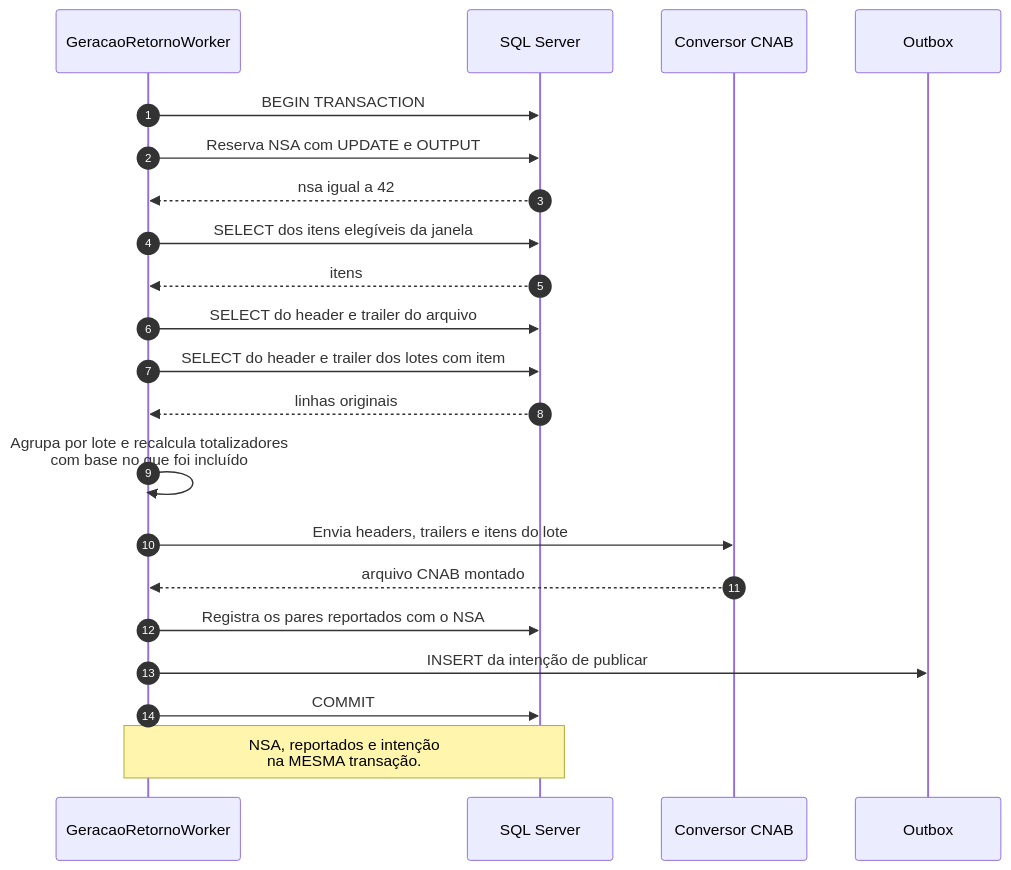
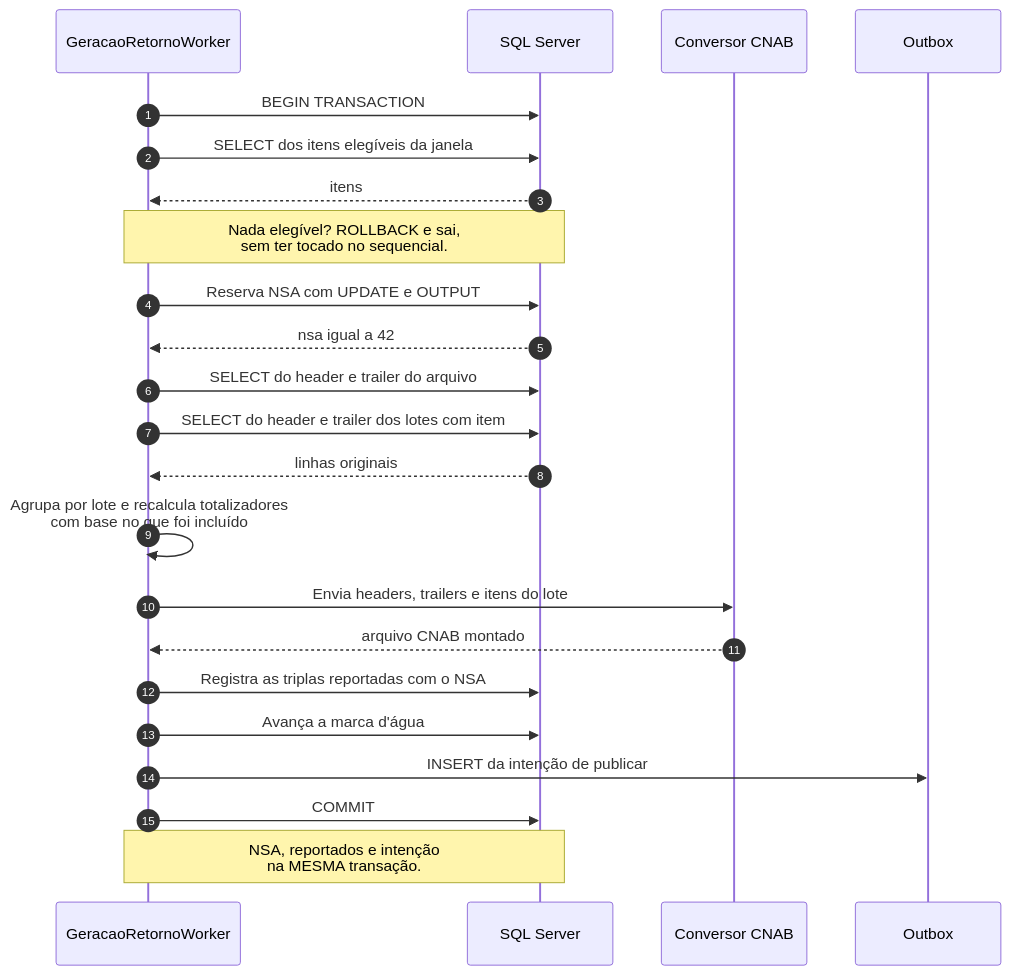
Before and after one commit to danielbfr3/sobre_aws: diagram 12 of 16 in conciliacao-guia-completo.md, drawn with Mermaid. The commit also changed other lines of this file, not shown here.

````diff
--- a/conciliacao-guia-completo.md
+++ b/conciliacao-guia-completo.md
@@ -1698,27 +3117,30 @@
 ```mermaid
 sequenceDiagram
     autonumber
     participant W as GeracaoRetornoWorker
     participant DB as SQL Server
     participant CV as Conversor CNAB
     participant OB as Outbox
 
     W->>DB: BEGIN TRANSACTION
+    W->>DB: SELECT dos itens elegíveis da janela
+    DB-->>W: itens
+    Note over W,DB: Nada elegível? ROLLBACK e sai,<br/>sem ter tocado no sequencial.
+
     W->>DB: Reserva NSA com UPDATE e OUTPUT
     DB-->>W: nsa igual a 42
 
-    W->>DB: SELECT dos itens elegíveis da janela
-    DB-->>W: itens
     W->>DB: SELECT do header e trailer do arquivo
     W->>DB: SELECT do header e trailer dos lotes com item
     DB-->>W: linhas originais
 
     W->>W: Agrupa por lote e recalcula totalizadores<br/>com base no que foi incluído
     W->>CV: Envia headers, trailers e itens do lote
     CV-->>W: arquivo CNAB montado
 
-    W->>DB: Registra os pares reportados com o NSA
+    W->>DB: Registra as triplas reportadas com o NSA
+    W->>DB: Avança a marca d'água
     W->>OB: INSERT da intenção de publicar
     W->>DB: COMMIT
     Note over W,DB: NSA, reportados e intenção<br/>na MESMA transação.
 ```
````
